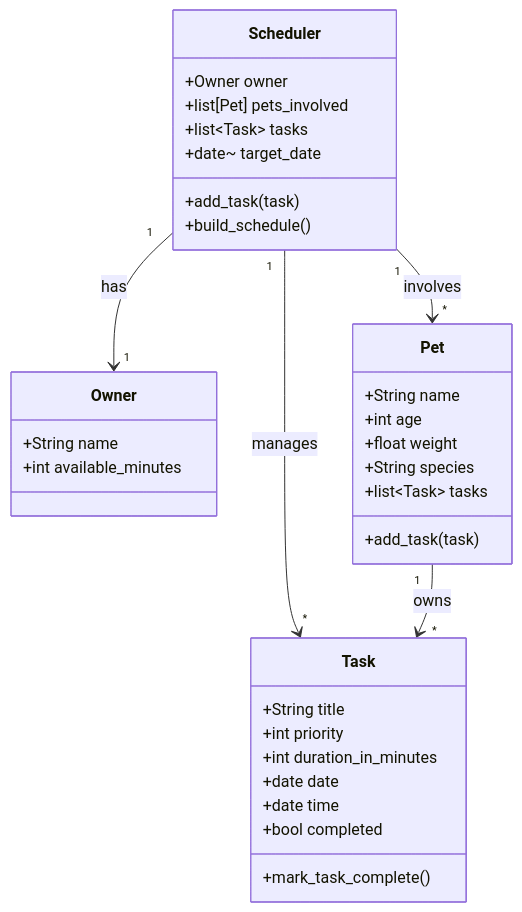
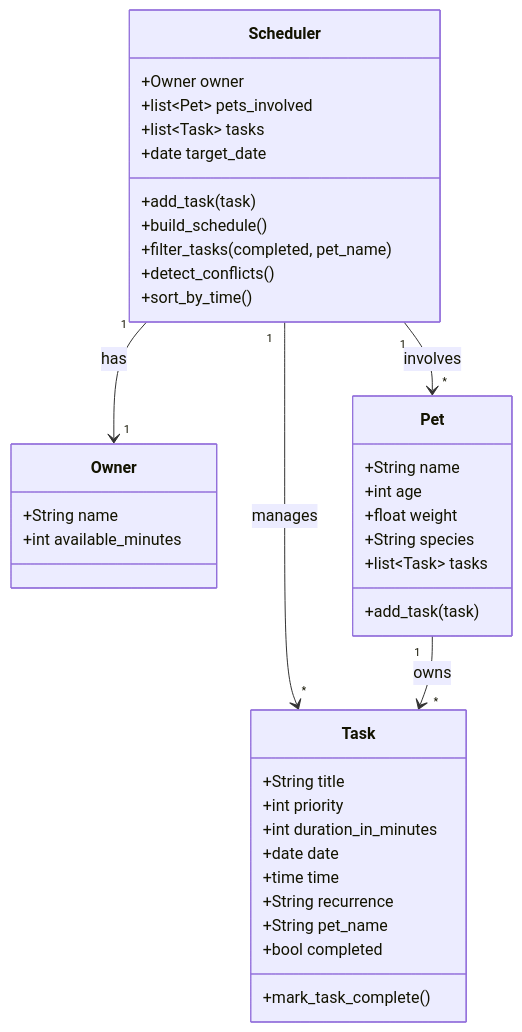
One commit to capyBearista/AI110-pawpal-starter changed the diagram in reflection.md. Above: the diagram before and after it, drawn with Mermaid. The commit also changed other lines of this file and 4 other files, not shown here.

````diff
--- a/reflection.md
+++ b/reflection.md
@@ -26,40 +26,45 @@
 ```mermaid
 classDiagram
     class Owner {
         +String name
         +int available_minutes
     }
 
     class Pet {
         +String name
         +int age
         +float weight
         +String species
         +list~Task~ tasks
         +add_task(task)
     }
 
     class Task {
         +String title
         +int priority
         +int duration_in_minutes
         +date date
-        +date time
+        +time time
+        +String recurrence
+        +String pet_name
         +bool completed
         +mark_task_complete()
     }
 
     class Scheduler {
         +Owner owner
-        +list[Pet] pets_involved
+        +list~Pet~ pets_involved
         +list~Task~ tasks
-        +date~ target_date
+        +date target_date
         +add_task(task)
         +build_schedule()
+        +filter_tasks(completed, pet_name)
+        +detect_conflicts()
+        +sort_by_time()
     }
 
     Scheduler "1" --> "1" Owner : has
     Scheduler "1" --> "*" Pet : involves
     Scheduler "1" --> "*" Task : manages
     Pet "1" --> "*" Task : owns
 ```
````
